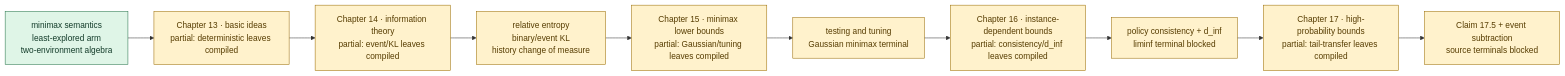
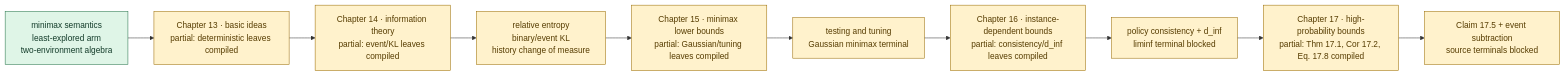
One commit to DakeBU/Auto-Bandit-RL-Proof-In-Sleep changed the diagram in website/diagrams/part-iv-lower-bounds.mmd. Above: the diagram before and after it, drawn with Mermaid. The commit also changed 26 other files, not shown here.

Commit message:
Formalize Chapter 17 stochastic lower bounds

```diff
--- a/website/diagrams/part-iv-lower-bounds.mmd
+++ b/website/diagrams/part-iv-lower-bounds.mmd
@@ -1,27 +1,27 @@
 flowchart LR
   C13["Chapter 13 · basic ideas<br/>partial: deterministic leaves compiled"]
   C14["Chapter 14 · information theory<br/>partial: event/KL leaves compiled"]
   C15["Chapter 15 · minimax lower bounds<br/>partial: Gaussian/tuning leaves compiled"]
   C16["Chapter 16 · instance-dependent bounds<br/>partial: consistency/d_inf leaves compiled"]
-  C17["Chapter 17 · high-probability bounds<br/>partial: tail-transfer leaves compiled"]
+  C17["Chapter 17 · high-probability bounds<br/>partial: Thm 17.1, Cor 17.2, Eq. 17.8 compiled"]
   L13["minimax semantics<br/>least-explored arm<br/>two-environment algebra"]
   KL["relative entropy<br/>binary/event KL<br/>history change of measure"]
   MM["testing and tuning<br/>Gaussian minimax terminal"]
   ASY["policy consistency + d_inf<br/>liminf terminal blocked"]
   HP["Claim 17.5 + event subtraction<br/>source terminals blocked"]
 
   L13 --> C13
   C13 --> C14
   C14 --> KL
   KL --> C15
   C15 --> MM
   MM --> C16
   C16 --> ASY
   ASY --> C17
   C17 --> HP
 
   classDef compiled fill:#dff5e7,stroke:#247249,color:#123b29
   classDef partial fill:#fff2cc,stroke:#9a6b00,color:#563c00
   classDef planned fill:#eef2f7,stroke:#64748b,color:#334155
   class L13 compiled
   class C13,C14,C15,C16,C17,KL,MM,ASY,HP partial
```
